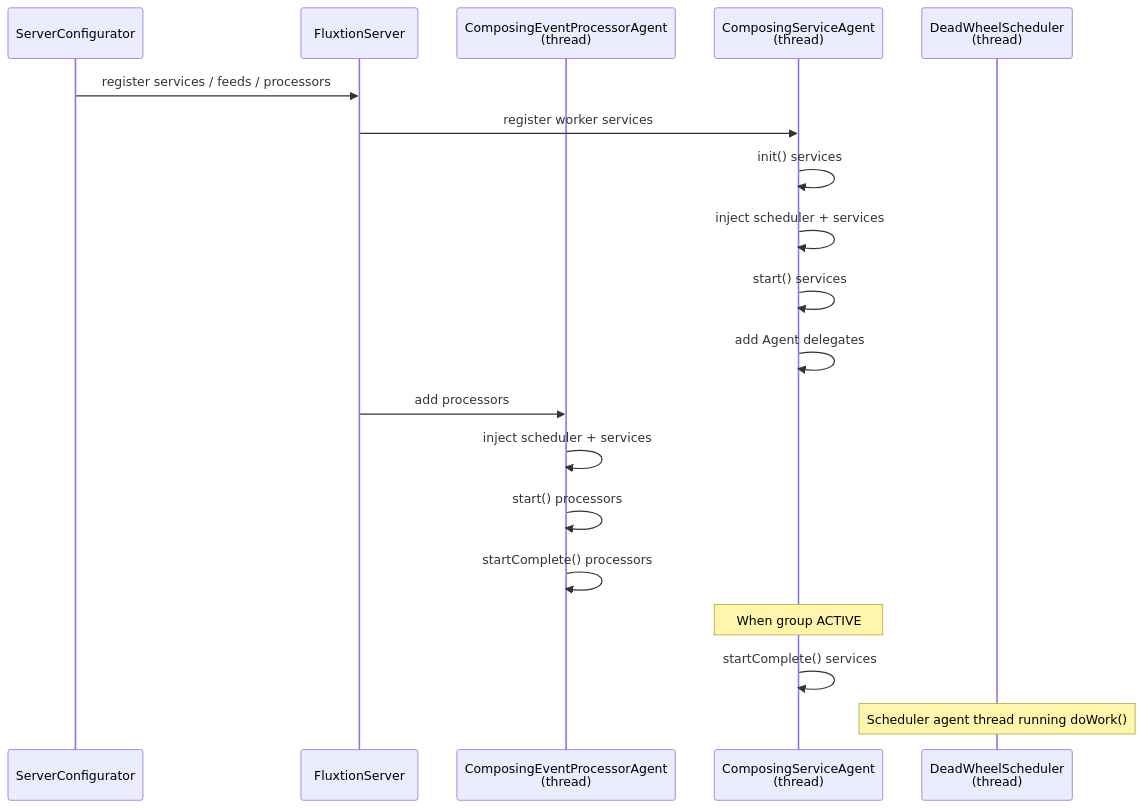
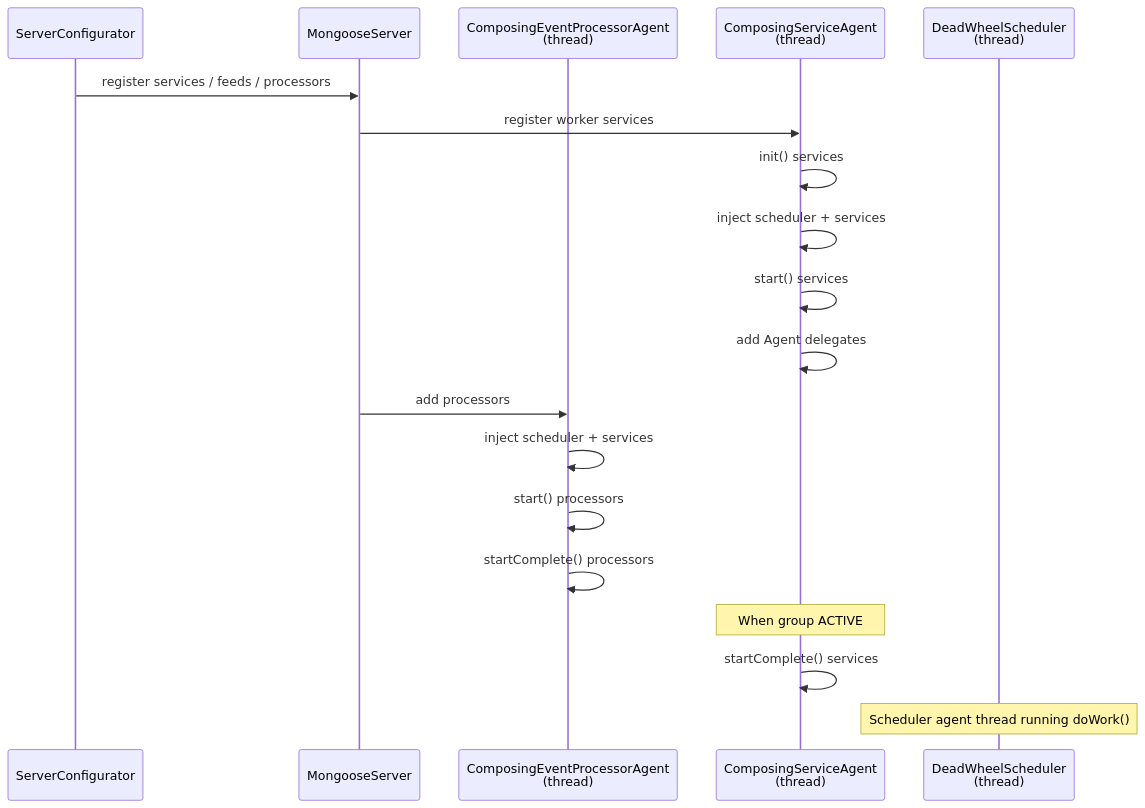
Before and after one commit to gregv12/fluxtion-server: the second of 3 diagrams in docs/architecture/threading-model.md, drawn with Mermaid. The commit also changed other lines of this file and 82 other files, not shown here.

Commit message:
replace FluxtionServer with MongooseServer in codebase, tests, and documentation for consistency

````diff
--- a/docs/architecture/threading-model.md
+++ b/docs/architecture/threading-model.md
@@ -95,25 +95,25 @@
 ```mermaid
 sequenceDiagram
     participant CFG as ServerConfigurator
-    participant SVR as FluxtionServer
+    participant SVR as MongooseServer
     participant PGA as ComposingEventProcessorAgent <br>(thread)
     participant SGA as ComposingServiceAgent <br>(thread)
     participant SCH as DeadWheelScheduler <br>(thread)
 
     CFG->>SVR: register services / feeds / processors
     SVR->>SGA: register worker services
     SGA->>SGA: init() services
     SGA->>SGA: inject scheduler + services
     SGA->>SGA: start() services
     SGA->>SGA: add Agent delegates
 
     SVR->>PGA: add processors
     PGA->>PGA: inject scheduler + services
     PGA->>PGA: start() processors
     PGA->>PGA: startComplete() processors
 
     Note over SGA: When group ACTIVE
     SGA->>SGA: startComplete() services
 
     Note over SCH: Scheduler agent thread running doWork()
 ```
````
